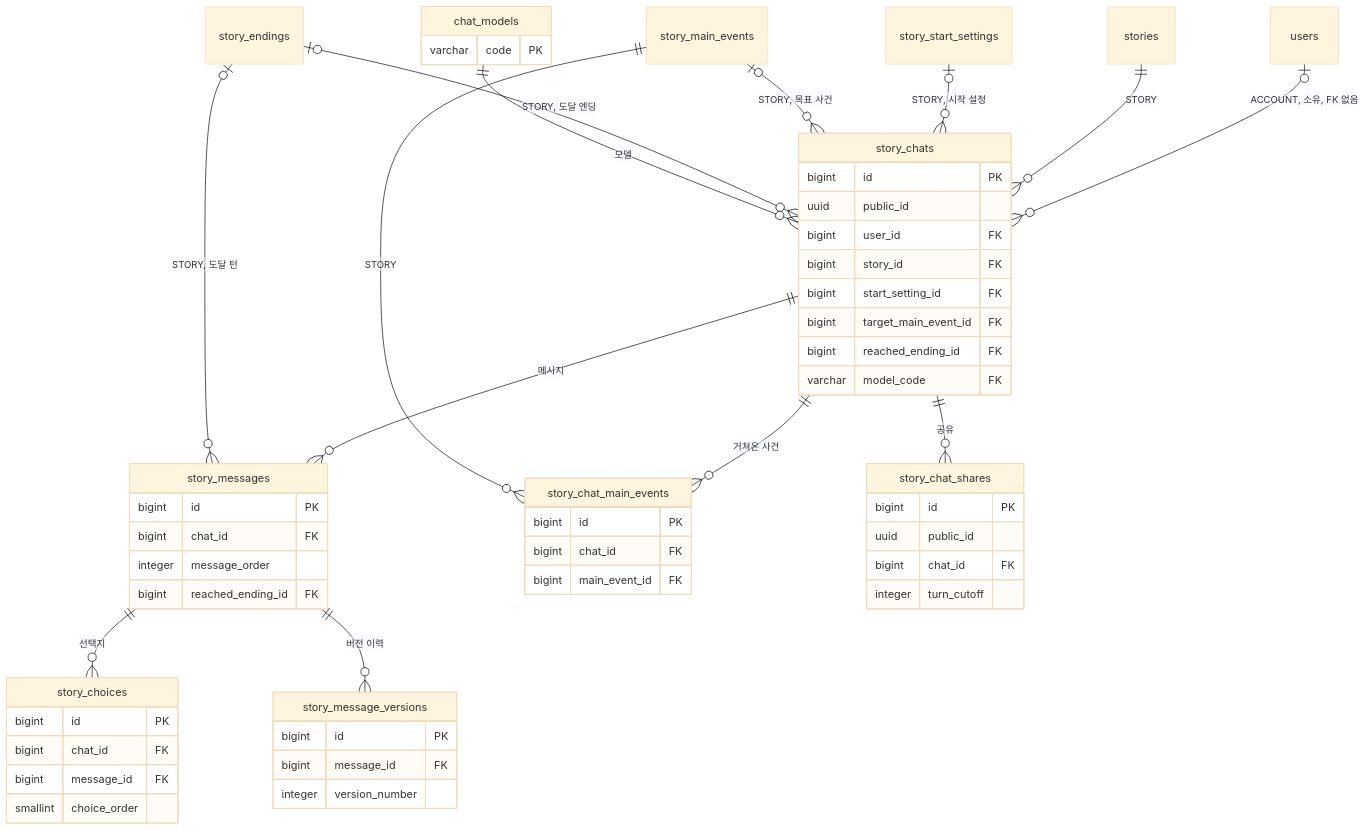
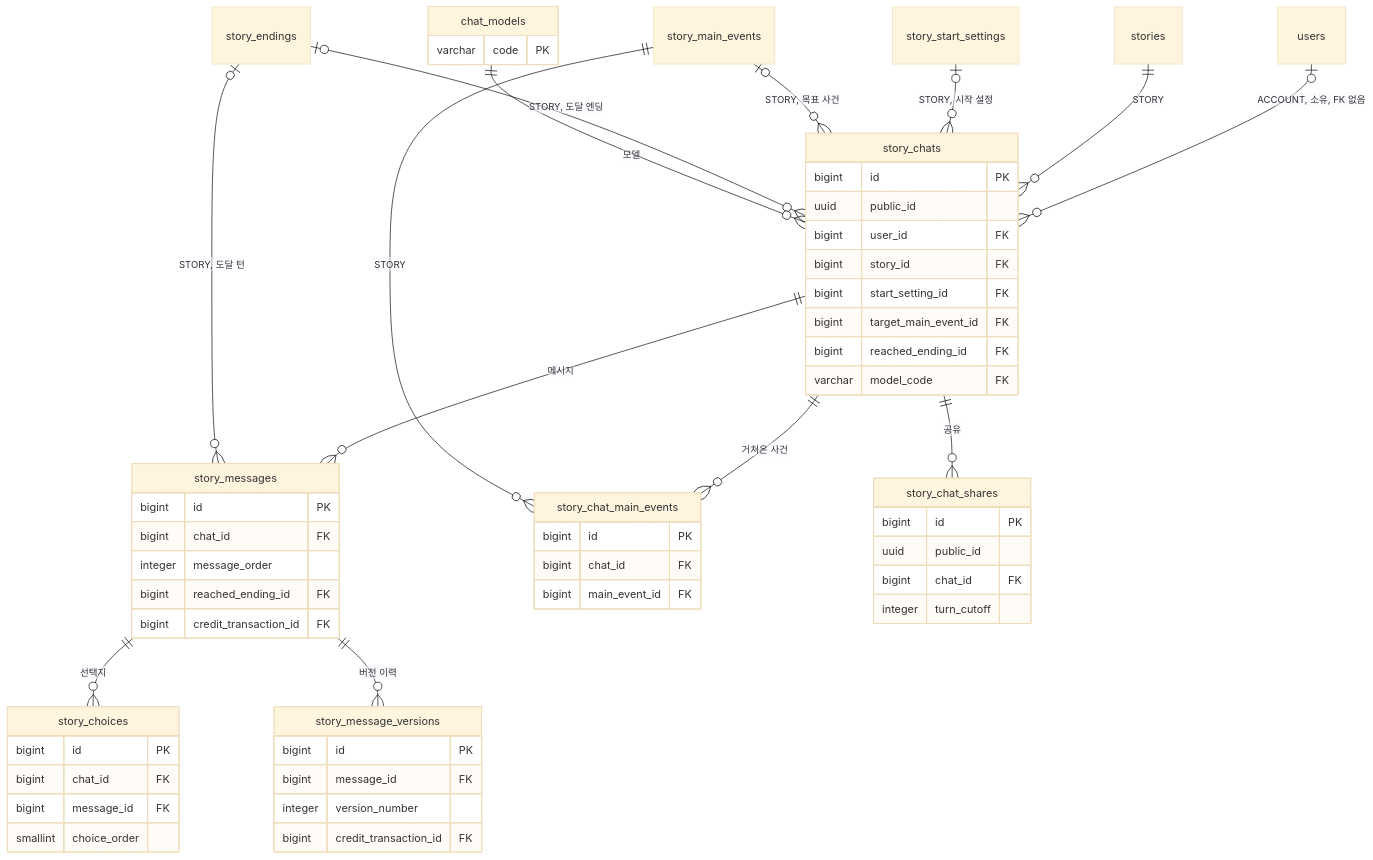
The first of 2 diagrams in docs/domain/CHAT/BACKEND/3-2-DB-SCHEMA.md (KIM-N-KANG/knk-harness), drawn with Mermaid (base theme) before and after one commit. The commit also changed other lines of this file and 17 other files, not shown here.

````diff
--- a/docs/domain/CHAT/BACKEND/3-2-DB-SCHEMA.md
+++ b/docs/domain/CHAT/BACKEND/3-2-DB-SCHEMA.md
@@ -31,57 +31,59 @@
 ```mermaid
 erDiagram
     users |o--o{ story_chats : "ACCOUNT, 소유, FK 없음"
     stories ||--o{ story_chats : "STORY"
     story_start_settings |o--o{ story_chats : "STORY, 시작 설정"
     story_chats ||--o{ story_messages : "메시지"
     story_messages ||--o{ story_choices : "선택지"
     story_messages ||--o{ story_message_versions : "버전 이력"
     story_chats ||--o{ story_chat_main_events : "거쳐온 사건"
     story_main_events ||--o{ story_chat_main_events : "STORY"
     story_main_events |o--o{ story_chats : "STORY, 목표 사건"
     story_endings |o--o{ story_chats : "STORY, 도달 엔딩"
     story_endings |o--o{ story_messages : "STORY, 도달 턴"
     story_chats ||--o{ story_chat_shares : "공유"
     chat_models ||--o{ story_chats : "모델"
     story_chats {
         bigint id PK
         uuid public_id
         bigint user_id FK
         bigint story_id FK
         bigint start_setting_id FK
         bigint target_main_event_id FK
         bigint reached_ending_id FK
         varchar model_code FK
     }
     chat_models {
         varchar code PK
     }
     story_messages {
         bigint id PK
         bigint chat_id FK
         integer message_order
         bigint reached_ending_id FK
+        bigint credit_transaction_id FK
     }
     story_choices {
         bigint id PK
         bigint chat_id FK
         bigint message_id FK
         smallint choice_order
     }
     story_message_versions {
         bigint id PK
         bigint message_id FK
         integer version_number
+        bigint credit_transaction_id FK
     }
     story_chat_main_events {
         bigint id PK
         bigint chat_id FK
         bigint main_event_id FK
     }
     story_chat_shares {
         bigint id PK
         uuid public_id
         bigint chat_id FK
         integer turn_cutoff
     }
 ```
````
